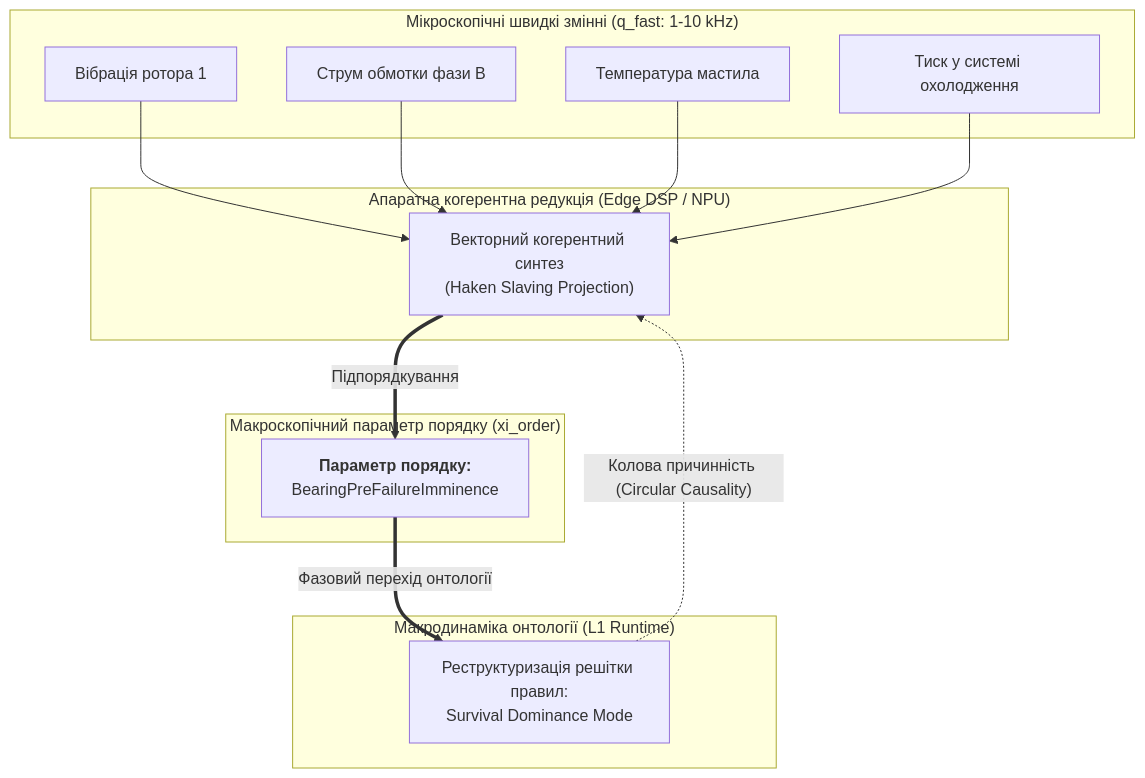
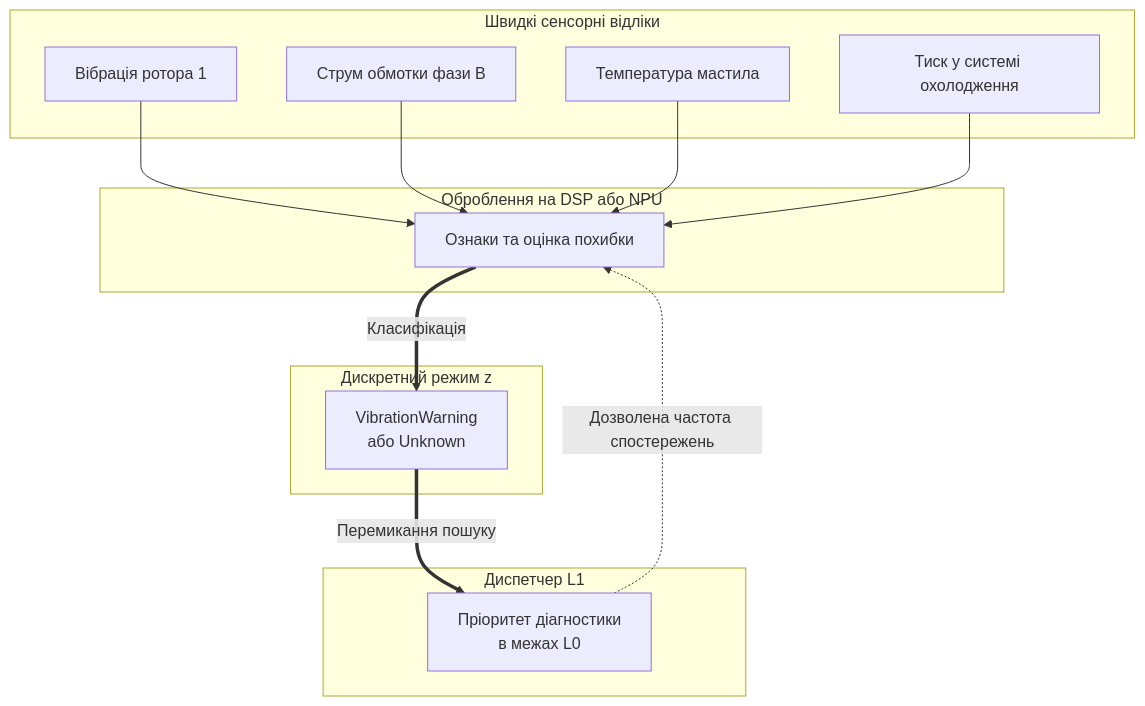
One commit to nick-fedchik/articles changed the third of 6 diagrams in ExpertSystem/ch35-self-organizing-expert-systems-synergetics-and-npu-runtime.md. Above: the diagram before and after it, drawn with Mermaid. The commit also changed other lines of this file and 7 other files, not shown here.

````diff
--- a/ExpertSystem/ch35-self-organizing-expert-systems-synergetics-and-npu-runtime.md
+++ b/ExpertSystem/ch35-self-organizing-expert-systems-synergetics-and-npu-runtime.md
@@ -163,29 +215,31 @@
 ```mermaid
 flowchart TD
-    subgraph "Мікроскопічні швидкі змінні (q_fast: 1-10 kHz)"
+	accTitle: Агрегування спостережень і вибір перевірок
+	accDescr: Ознаки формують мітку режиму, а режим змінює частоту збору без зміни нормативних умов.
+	subgraph Inputs["Швидкі сенсорні відліки"]
         S1["Вібрація ротора 1"]
         S2["Струм обмотки фази B"]
         S3["Температура мастила"]
         S4["Тиск у системі охолодження"]
     end
 
-    subgraph "Апаратна когерентна редукція (Edge DSP / NPU)"
-        REDUC["Векторний когерентний синтез<br/>(Haken Slaving Projection)"]
+	subgraph Reduction["Оброблення на DSP або NPU"]
+		REDUC["Ознаки та оцінка похибки"]
     end
 
-    subgraph "Макроскопічний параметр порядку (xi_order)"
-        OP["<b>Параметр порядку:</b><br/>BearingPreFailureImminence"]
+	subgraph State["Дискретний режим z"]
+		OP["VibrationWarning<br/>або Unknown"]
     end
 
-    subgraph "Макродинаміка онтології (L1 Runtime)"
-        RULE["Реструктуризація решітки правил:<br/>Survival Dominance Mode"]
+	subgraph Runtime["Диспетчер L1"]
+		RULE["Пріоритет діагностики<br/>в межах L0"]
     end
 
     S1 --> REDUC
     S2 --> REDUC
     S3 --> REDUC
     S4 --> REDUC
-    REDUC ==>|"Підпорядкування"| OP
-    OP ==>|"Фазовий перехід онтології"| RULE
-    RULE -.->|"Колова причинність (Circular Causality)"| REDUC
+	REDUC ==>|"Класифікація"| OP
+	OP ==>|"Перемикання пошуку"| RULE
+	RULE -.->|"Дозволена частота спостережень"| REDUC
 ```
````
